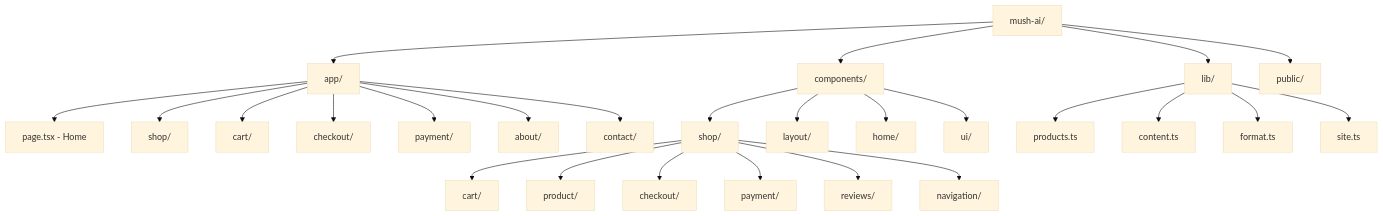
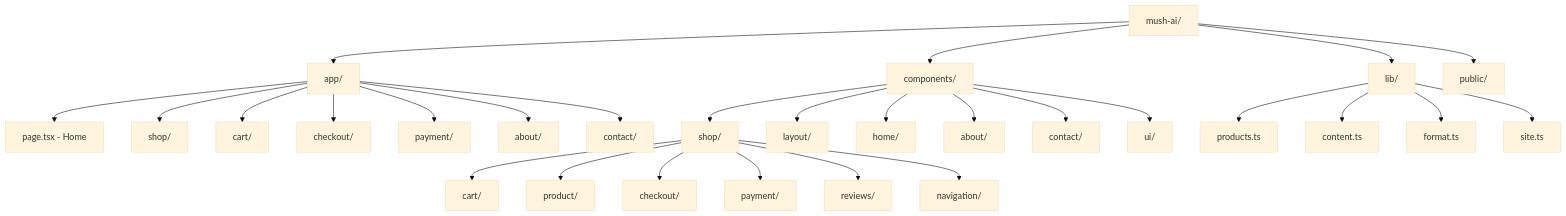
One commit to JHUB-AFRICA/mush-ai-web changed the second of 2 diagrams in README.md. Above: the diagram before and after it, drawn with Mermaid (base theme). The commit also changed 5 other files, not shown here.

````diff
--- a/README.md
+++ b/README.md
@@ -148,32 +148,34 @@
 ```mermaid
 graph TD
     A[mush-ai/] --> B[app/]
     A --> C[components/]
     A --> D[lib/]
     A --> E[public/]
 
     B --> B1[page.tsx - Home]
     B --> B2[shop/]
     B --> B3[cart/]
     B --> B4[checkout/]
     B --> B5[payment/]
     B --> B6[about/]
     B --> B7[contact/]
 
     C --> C1[shop/]
     C --> C2[layout/]
     C --> C3[home/]
-    C --> C4[ui/]
+    C --> C4[about/]
+    C --> C5[contact/]
+    C --> C6[ui/]
 
     C1 --> C1a[cart/]
     C1 --> C1b[product/]
     C1 --> C1c[checkout/]
     C1 --> C1d[payment/]
     C1 --> C1e[reviews/]
     C1 --> C1f[navigation/]
 
     D --> D1[products.ts]
     D --> D2[content.ts]
     D --> D3[format.ts]
     D --> D4[site.ts]
 ```
````
